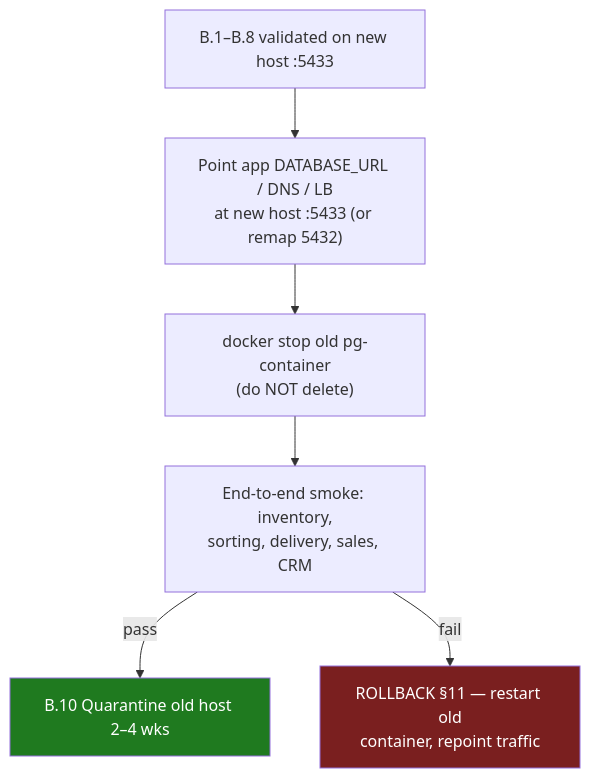
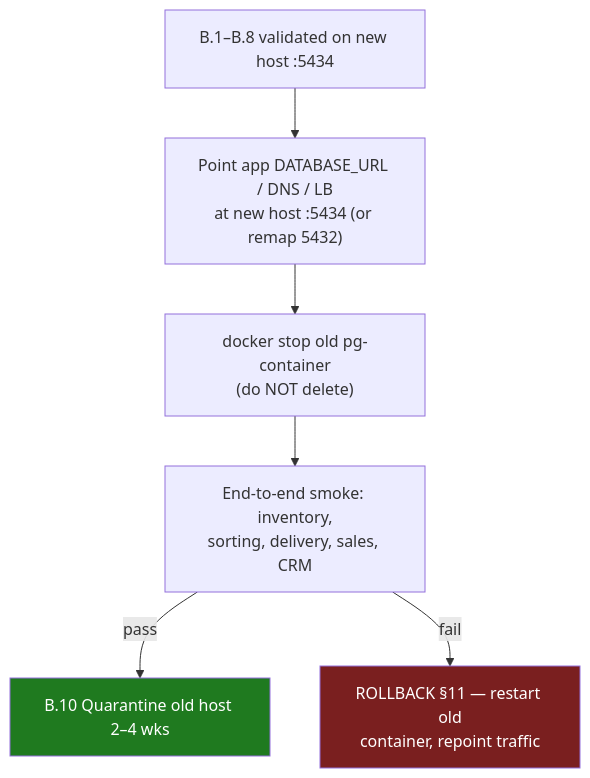
Before and after one commit to MKoroschetz/OpenAgentsControl: the fourth of 4 diagrams in docs/CORE-PLATFORM-UPGRADE.md, drawn with Mermaid. The commit also changed other lines of this file and 14 other files, not shown here.

First line of the commit message:
feat(infra): add postgres17 service and upgrade runbook (architecture C)

````diff
--- a/docs/CORE-PLATFORM-UPGRADE.md
+++ b/docs/CORE-PLATFORM-UPGRADE.md
@@ -582,11 +759,11 @@
 ```mermaid
 flowchart TB
-    B1["B.1–B.8 validated on new host :5433"] --> PREP["Point app DATABASE_URL / DNS / LB<br/>at new host :5433 (or remap 5432)"]
+    B1["B.1–B.8 validated on new host :5434"] --> PREP["Point app DATABASE_URL / DNS / LB<br/>at new host :5434 (or remap 5432)"]
     PREP --> STOP["docker stop old pg-container<br/>(do NOT delete)"]
     STOP --> TEST["End-to-end smoke: inventory,<br/>sorting, delivery, sales, CRM"]
     TEST -->|pass| B10["B.10 Quarantine old host 2–4 wks"]
     TEST -->|fail| RB["ROLLBACK §11 — restart old<br/>container, repoint traffic"]
 
     style B10 fill:#1f7a1f,color:#fff
     style RB fill:#7a1f1f,color:#fff
 ```
````
